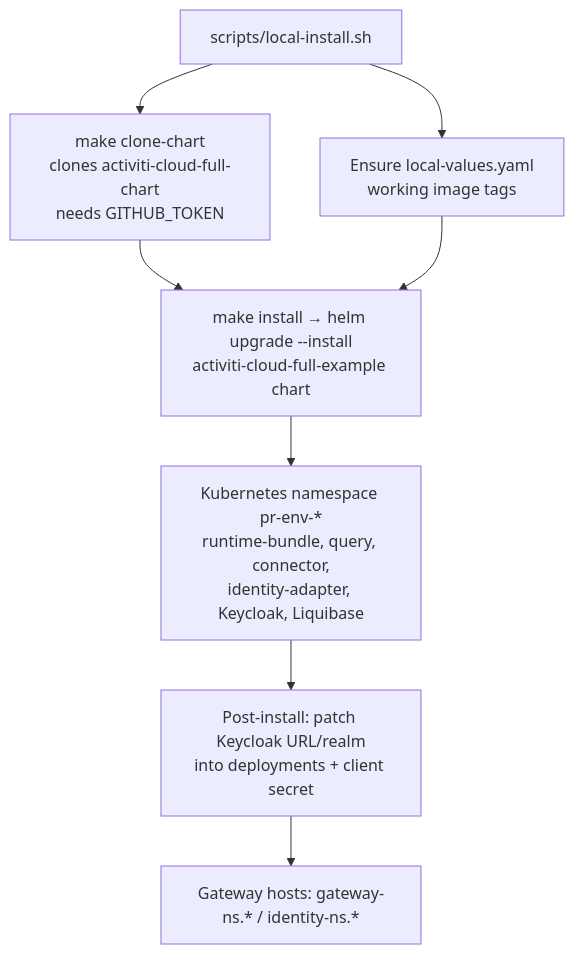
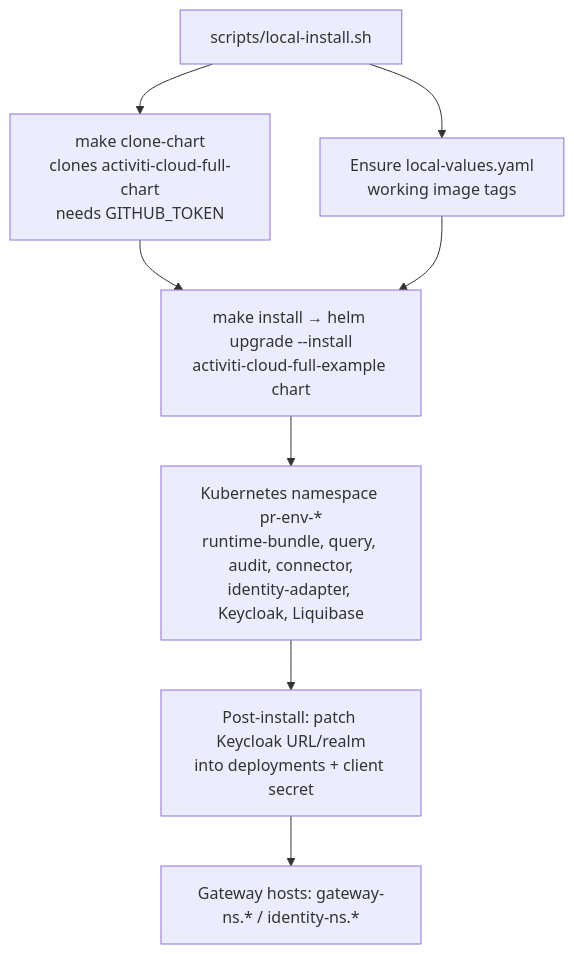
Before and after one commit to CaptainGlac1er/activiti-documentation: the diagram in docs/cloud/deployment/reference.md, drawn with Mermaid. The commit also changed other lines of this file and 18 other files, not shown here.

````diff
--- a/docs/cloud/deployment/reference.md
+++ b/docs/cloud/deployment/reference.md
@@ -17,10 +17,10 @@
 ```mermaid
 flowchart TD
     S[scripts/local-install.sh] --> C[make clone-chart<br/>clones activiti-cloud-full-chart<br/>needs GITHUB_TOKEN]
     S --> V[Ensure local-values.yaml<br/>working image tags]
     C --> H[make install → helm upgrade --install<br/>activiti-cloud-full-example chart]
     V --> H
-    H --> K[Kubernetes namespace pr-env-*<br/>runtime-bundle, query, connector,<br/>identity-adapter, Keycloak, Liquibase]
+    H --> K[Kubernetes namespace pr-env-*<br/>runtime-bundle, query, audit, connector,<br/>identity-adapter, Keycloak, Liquibase]
     K --> P[Post-install: patch Keycloak URL/realm<br/>into deployments + client secret]
     P --> G[Gateway hosts: gateway-ns.* / identity-ns.*]
 ```
````
